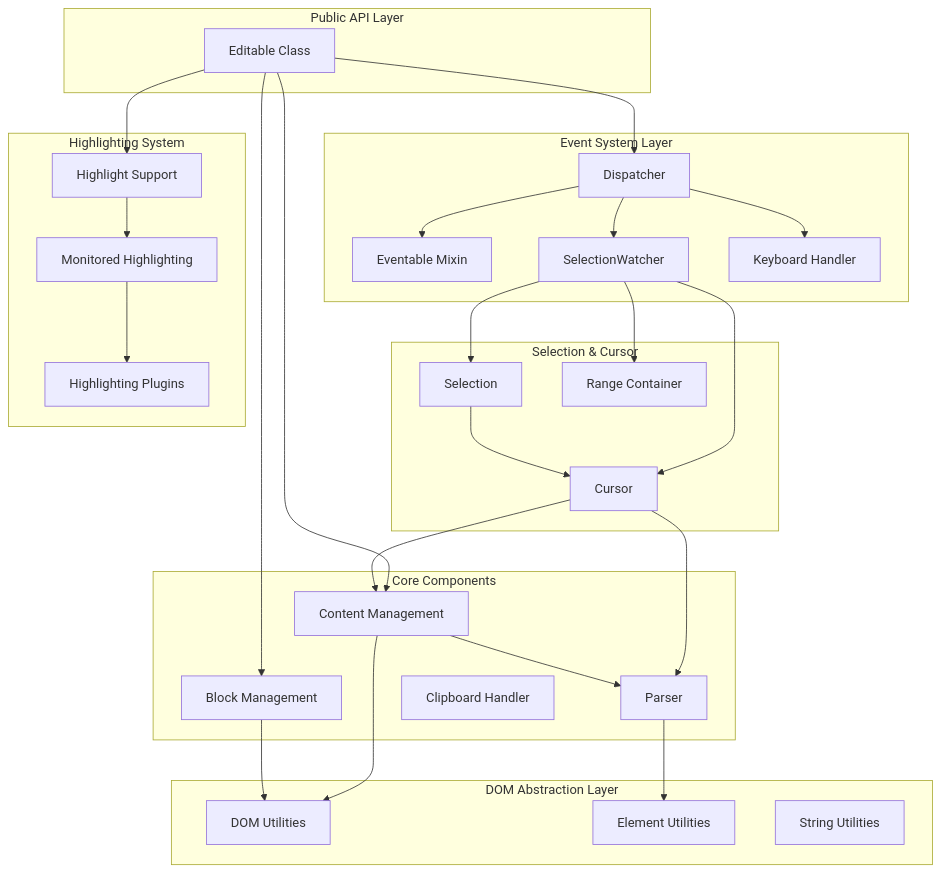
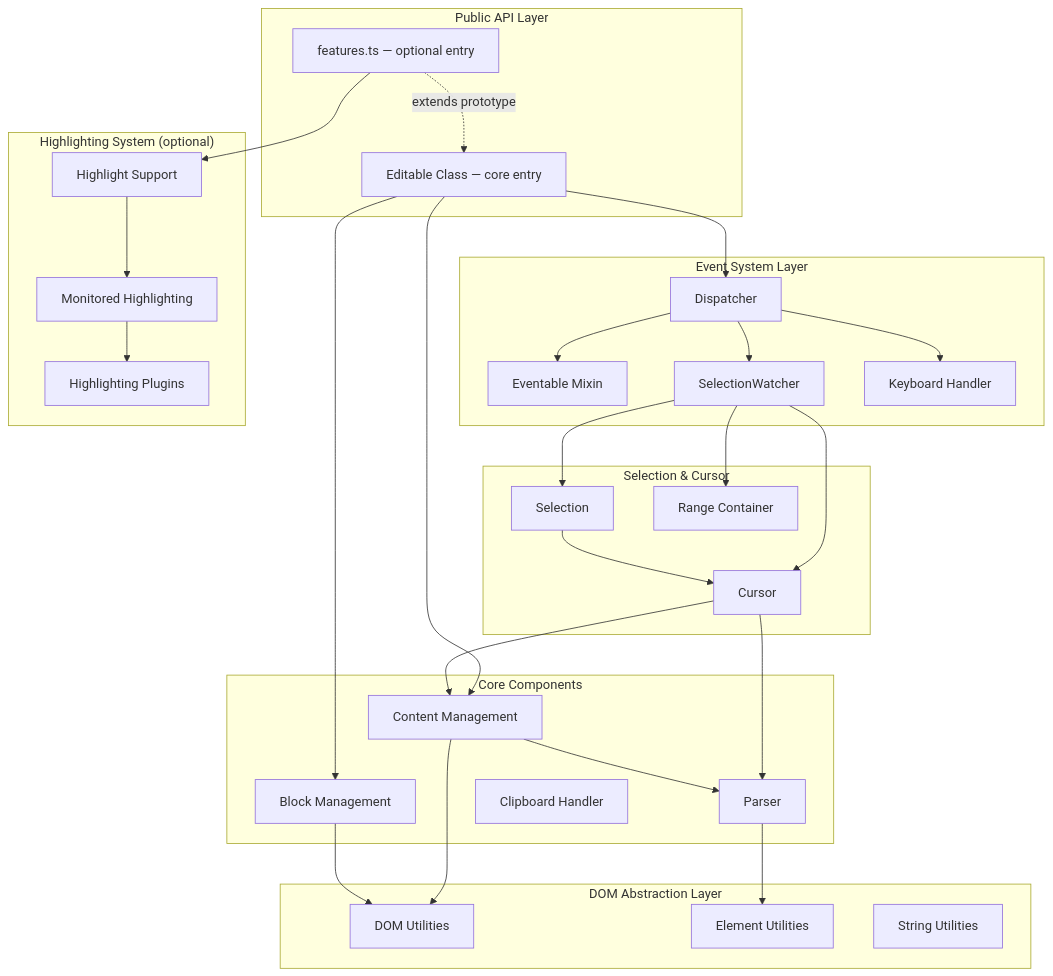
Before and after one commit to watzak/editable.ts: the first of 3 diagrams in README.md, drawn with Mermaid. The commit also changed other lines of this file and 11 other files, not shown here.

````diff
--- a/README.md
+++ b/README.md
@@ -44,63 +44,65 @@
 ```mermaid
 graph TB
     subgraph PublicAPI["Public API Layer"]
-        Editable[Editable Class]
+        Editable[Editable Class — core entry]
+        FeaturesEntry["features.ts — optional entry"]
     end
     
     subgraph EventSystem["Event System Layer"]
         Dispatcher[Dispatcher]
         Eventable[Eventable Mixin]
         SelectionWatcher[SelectionWatcher]
         Keyboard[Keyboard Handler]
     end
     
     subgraph CoreComponents["Core Components"]
         Block[Block Management]
         Content[Content Management]
         Parser[Parser]
         Clipboard[Clipboard Handler]
     end
     
     subgraph SelectionSystem["Selection & Cursor"]
         Cursor[Cursor]
         Selection[Selection]
         RangeContainer[Range Container]
     end
     
-    subgraph Highlighting["Highlighting System"]
+    subgraph Highlighting["Highlighting System (optional)"]
         HighlightSupport[Highlight Support]
         MonitoredHighlighting[Monitored Highlighting]
         Plugins[Highlighting Plugins]
     end
     
     subgraph DOMAbstraction["DOM Abstraction Layer"]
         DOMUtils[DOM Utilities]
         ElementUtils[Element Utilities]
         StringUtils[String Utilities]
     end
     
     Editable --> Dispatcher
     Editable --> Block
     Editable --> Content
-    Editable --> HighlightSupport
+    FeaturesEntry -.->|extends prototype| Editable
+    FeaturesEntry --> HighlightSupport
     
     Dispatcher --> Eventable
     Dispatcher --> SelectionWatcher
     Dispatcher --> Keyboard
     
     SelectionWatcher --> Cursor
     SelectionWatcher --> Selection
     SelectionWatcher --> RangeContainer
     
     Cursor --> Content
     Cursor --> Parser
     Selection --> Cursor
     
     HighlightSupport --> MonitoredHighlighting
     MonitoredHighlighting --> Plugins
     
     Content --> Parser
     Content --> DOMUtils
     Parser --> ElementUtils
     Block --> DOMUtils
 ```
````
